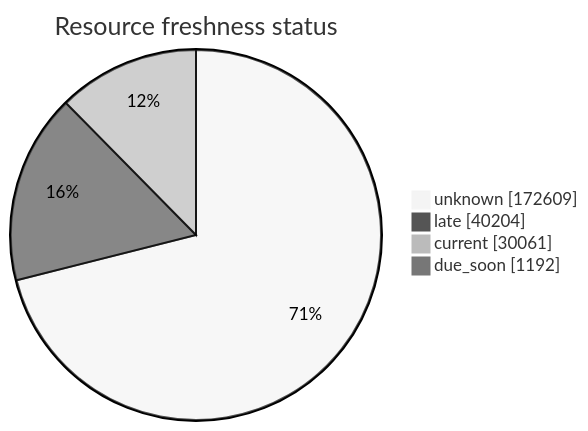
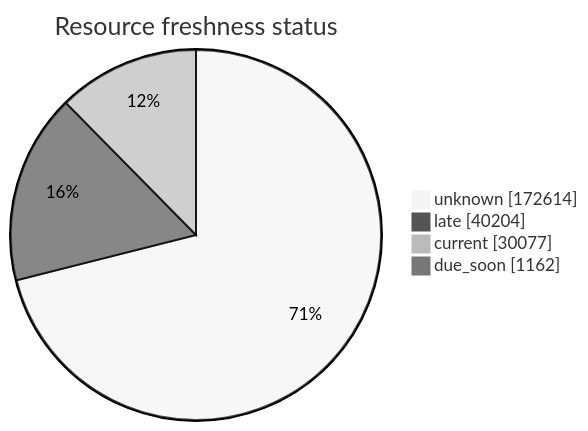
One commit to open-data/analytics-corporate-reporting changed the third of 5 diagrams in FreshCheck/README.md. Above: the diagram before and after it, drawn with Mermaid (neutral theme). The commit also changed other lines of this file and 3 other files, not shown here.

````diff
--- a/FreshCheck/README.md
+++ b/FreshCheck/README.md
@@ -78,7 +78,7 @@
 ```mermaid
 pie showData title Resource freshness status
-    "unknown": 172609
+    "unknown": 172614
     "late": 40204
-    "current": 30061
-    "due_soon": 1192
+    "current": 30077
+    "due_soon": 1162
 ```
````
